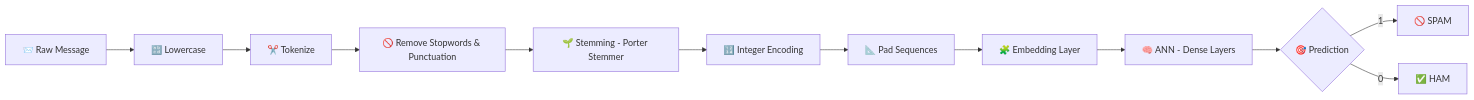
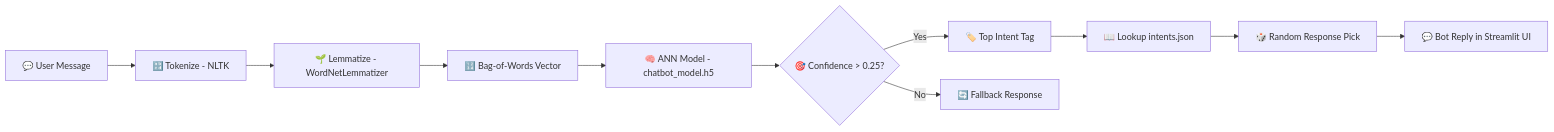
One commit to Rohitranelab/ChatBot changed the diagram in README.md. Above: the diagram before and after it, drawn with Mermaid. The commit also changed other lines of this file, not shown here.

````diff
--- a/README.md
+++ b/README.md
@@ -58,14 +62,13 @@
 ```mermaid
 flowchart LR
-    A[📨 Raw Message] --> B[🔡 Lowercase]
-    B --> C[✂️ Tokenize]
-    C --> D[🚫 Remove Stopwords & Punctuation]
-    D --> E[🌱 Stemming - Porter Stemmer]
-    E --> F[🔢 Integer Encoding]
-    F --> G[📐 Pad Sequences]
-    G --> H[🧩 Embedding Layer]
-    H --> I[🧠 ANN - Dense Layers]
-    I --> J{🎯 Prediction}
-    J -->|1| K[🚫 SPAM]
-    J -->|0| L[✅ HAM]
+    A[💬 User Message] --> B[🔡 Tokenize - NLTK]
+    B --> C[🌱 Lemmatize - WordNetLemmatizer]
+    C --> D[🔢 Bag-of-Words Vector]
+    D --> E[🧠 ANN Model - chatbot_model.h5]
+    E --> F{🎯 Confidence > 0.25?}
+    F -->|Yes| G[🏷️ Top Intent Tag]
+    F -->|No| H[🔄 Fallback Response]
+    G --> I[📖 Lookup intents.json]
+    I --> J[🎲 Random Response Pick]
+    J --> K[💬 Bot Reply in Streamlit UI]
 ```
````
